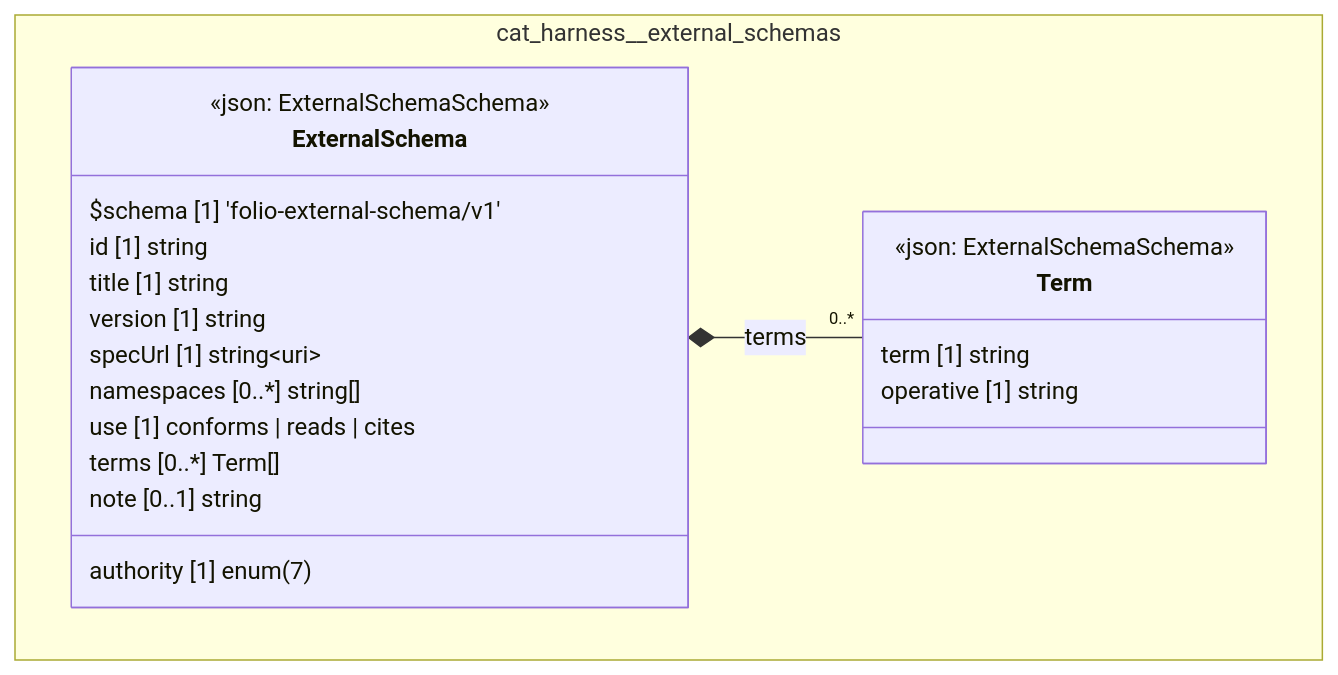
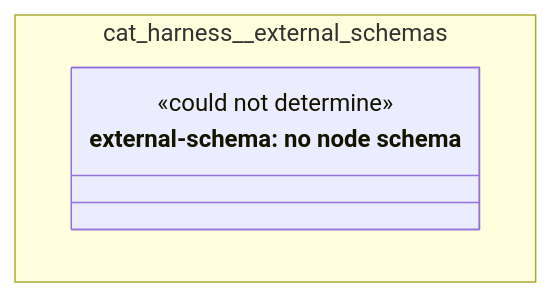
One commit to litlfred/folio-assistant changed the diagram in cat-harness/docs/uml/overview/cat-harness/external-schemas.md. Above: the diagram before and after it, drawn with Mermaid. The commit also changed other lines of this file and 19 other files, not shown here.

First line of the commit message:
chore: regenerate the glossary and UML overview for the schema move

````diff
--- a/cat-harness/docs/uml/overview/cat-harness/external-schemas.md
+++ b/cat-harness/docs/uml/overview/cat-harness/external-schemas.md
@@ -42,27 +42,11 @@
 ```mermaid
 classDiagram
   direction TB
   namespace cat_harness__external_schemas {
-    class cat_harness_external_schemas_Term["Term"] {
-      <<json: ExternalSchemaSchema>>
-      term [1] string
-      operative [1] string
-    }
-    class cat_harness_external_schemas_ExternalSchema["ExternalSchema"] {
-      <<json: ExternalSchemaSchema>>
-      $schema [1] 'folio-external-schema/v1'
-      id [1] string
-      authority [1] enum(7)
-      title [1] string
-      version [1] string
-      specUrl [1] string~uri~
-      namespaces [0..*] string[]
-      use [1] conforms | reads | cites
-      terms [0..*] Term[]
-      note [0..1] string
+    class n_cat_harness_external_schemas_external_schema["external-schema: no node schema"] {
+      <<could not determine>>
     }
   }
-  cat_harness_external_schemas_ExternalSchema *-- "0..*" cat_harness_external_schemas_Term : terms
-  cssClass "cat_harness_external_schemas_Term" fa_uml_kind_external_schema
-  cssClass "cat_harness_external_schemas_ExternalSchema" fa_uml_kind_external_schema
+  cssClass "n_cat_harness_external_schemas_external_schema" fa_uml_kind_external_schema
+  cssClass "n_cat_harness_external_schemas_external_schema" fa_uml_undetermined
 ```
````
